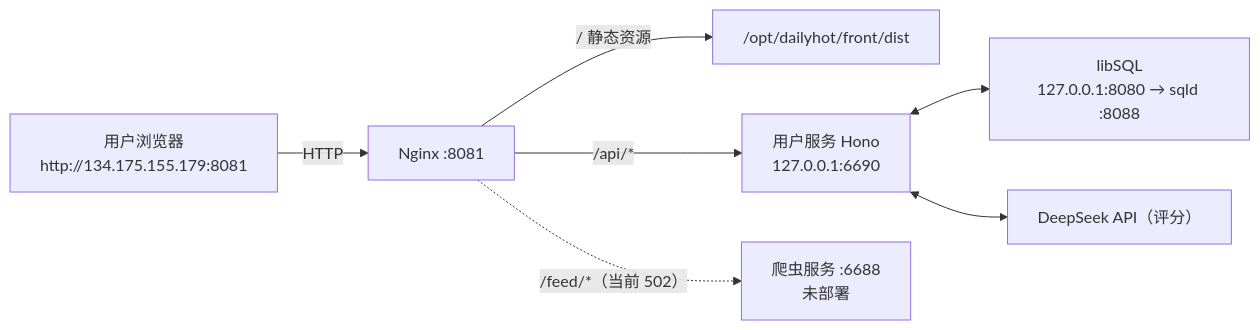
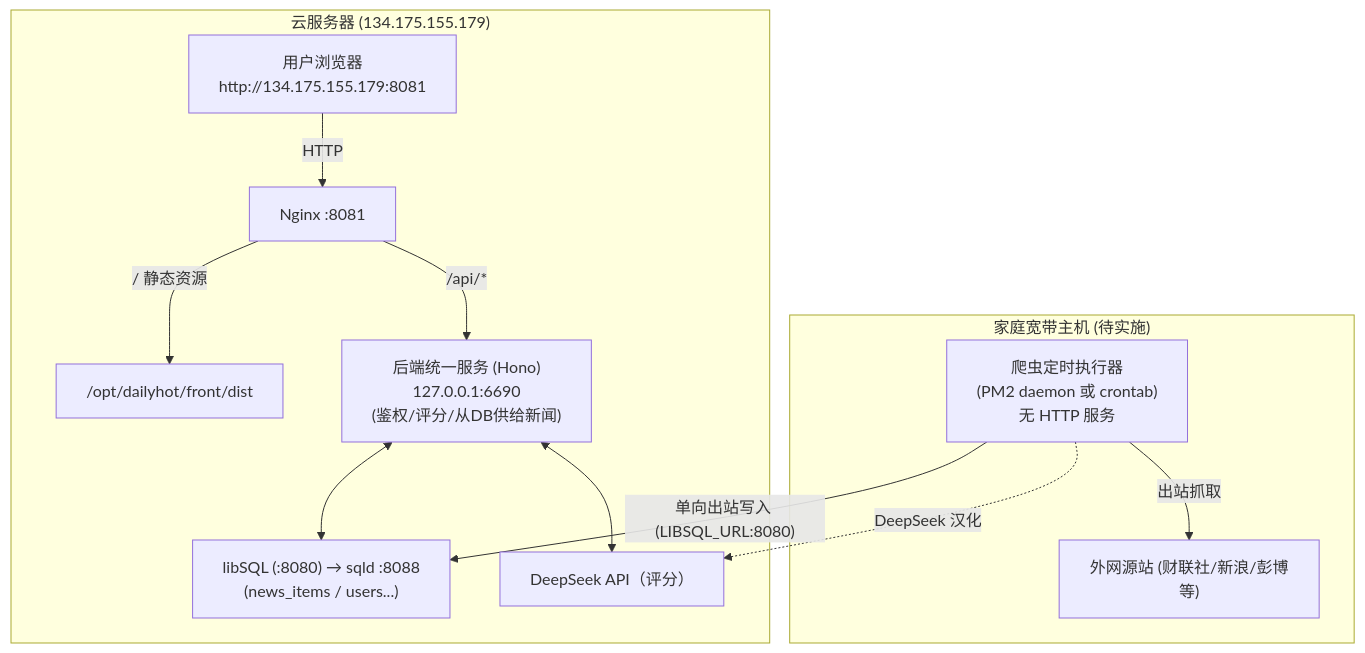
Before and after one commit to g39088902/dailyforyou: the diagram in DEPLOYMENT.md, drawn with Mermaid. The commit also changed other lines of this file and 45 other files, not shown here.

````diff
--- a/DEPLOYMENT.md
+++ b/DEPLOYMENT.md
@@ -32,9 +32,17 @@
 ```mermaid
-flowchart LR
-    User["用户浏览器\nhttp://134.175.155.179:8081"] -->|HTTP| Nginx["Nginx :8081"]
-    Nginx -->|"/ 静态资源"| FrontDist["/opt/dailyhot/front/dist"]
-    Nginx -->|"/api/*"| UserSvc["用户服务 Hono\n127.0.0.1:6690"]
-    Nginx -.->|"/feed/*（当前 502）"| Crawler["爬虫服务 :6688\n未部署"]
-    UserSvc <--> DB["libSQL\n127.0.0.1:8080 → sqld :8088"]
-    UserSvc <--> DeepSeek["DeepSeek API（评分）"]
+flowchart TD
+    subgraph CloudServer["云服务器 (134.175.155.179)"]
+        User["用户浏览器\nhttp://134.175.155.179:8081"] -->|HTTP| Nginx["Nginx :8081"]
+        Nginx -->|"/ 静态资源"| FrontDist["/opt/dailyhot/front/dist"]
+        Nginx -->|"/api/*"| UserSvc["后端统一服务 (Hono)\n127.0.0.1:6690\n(鉴权/评分/从DB供给新闻)"]
+        UserSvc <--> DB["libSQL (:8080) → sqld :8088\n(news_items / users...)"]
+        UserSvc <--> DeepSeek["DeepSeek API（评分）"]
+    end
+
+    subgraph HomePC["家庭宽带主机 (待实施)"]
+        HomeCrawler["爬虫定时执行器\n(PM2 daemon 或 crontab)\n无 HTTP 服务"]
+        HomeCrawler -->|"出站抓取"| TargetSites["外网源站 (财联社/新浪/彭博等)"]
+        HomeCrawler -.->|"DeepSeek 汉化"| DeepSeek
+        HomeCrawler -->|"单向出站写入 (LIBSQL_URL:8080)"| DB
+    end
 ```
````
